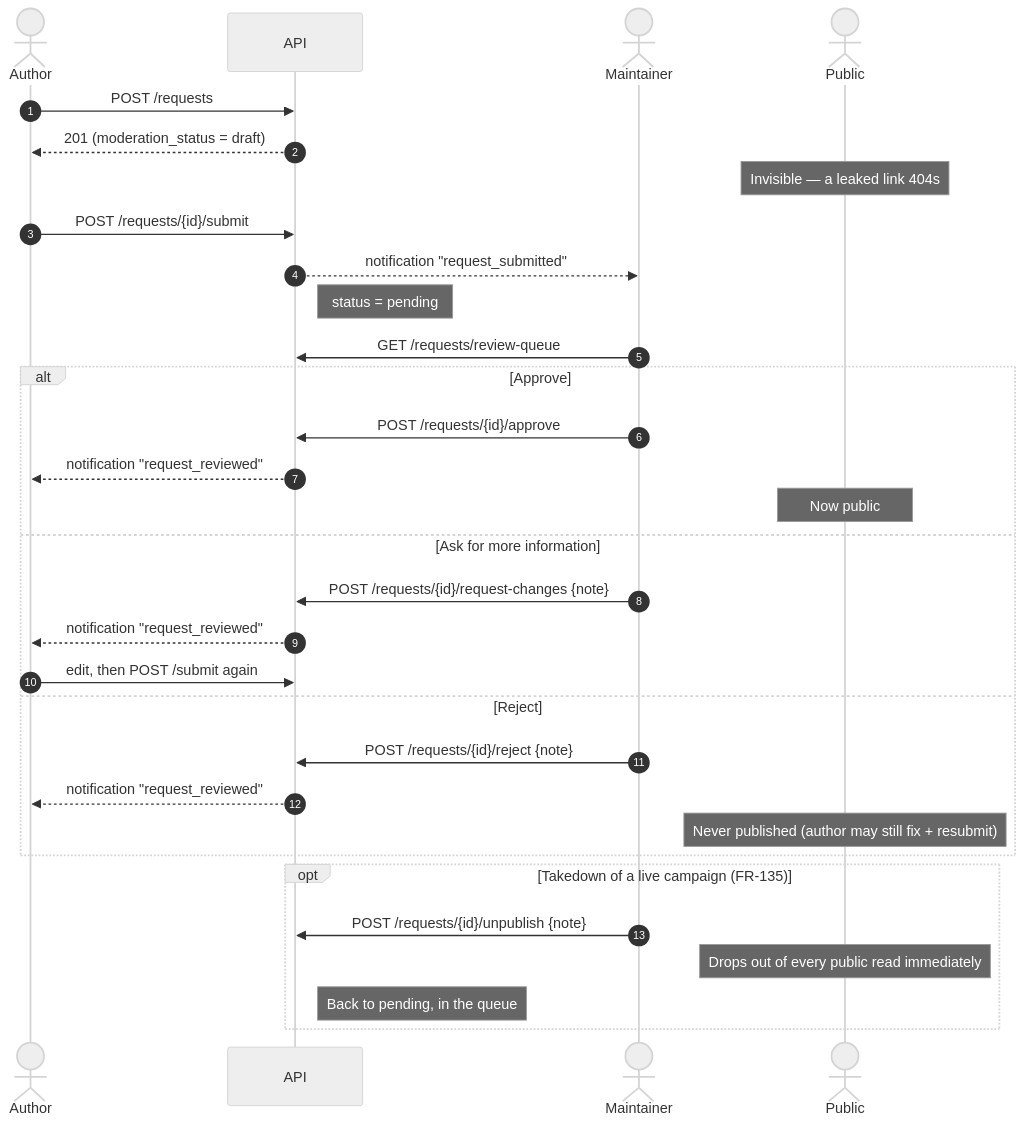
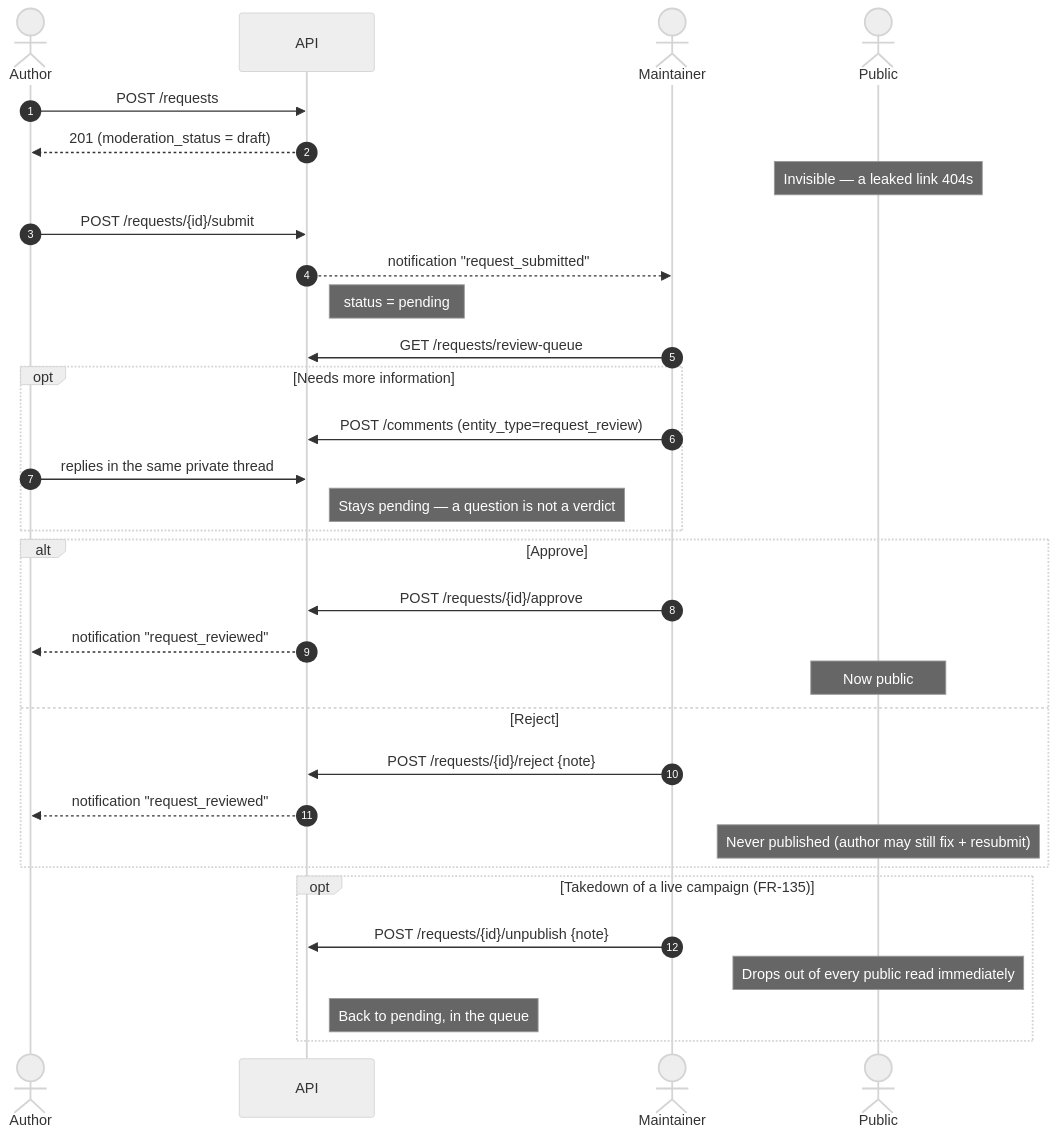
Before and after one commit to jcarranz97/printforhelp: the diagram in docs/architecture/api-specification.md, drawn with Mermaid (neutral theme). The commit also changed other lines of this file and 12 other files, not shown here.

````diff
--- a/docs/architecture/api-specification.md
+++ b/docs/architecture/api-specification.md
@@ -636,38 +636,40 @@
 ```mermaid
 sequenceDiagram
     autonumber
     actor A as Author
     participant API
     actor M as Maintainer
     actor P as Public
 
     A->>API: POST /requests
     API-->>A: 201 (moderation_status = draft)
     Note over P: Invisible — a leaked link 404s
 
     A->>API: POST /requests/{id}/submit
     API-->>M: notification "request_submitted"
     Note right of API: status = pending
 
     M->>API: GET /requests/review-queue
 
+    opt Needs more information
+        M->>API: POST /comments (entity_type=request_review)
+        A->>API: replies in the same private thread
+        Note right of API: Stays pending — a question is not a verdict
+    end
+
     alt Approve
         M->>API: POST /requests/{id}/approve
         API-->>A: notification "request_reviewed"
         Note over P: Now public
-    else Ask for more information
-        M->>API: POST /requests/{id}/request-changes {note}
-        API-->>A: notification "request_reviewed"
-        A->>API: edit, then POST /submit again
     else Reject
         M->>API: POST /requests/{id}/reject {note}
         API-->>A: notification "request_reviewed"
         Note over P: Never published (author may still fix + resubmit)
     end
 
     opt Takedown of a live campaign (FR-135)
         M->>API: POST /requests/{id}/unpublish {note}
         Note over P: Drops out of every public read immediately
         Note right of API: Back to pending, in the queue
     end
 ```
````
